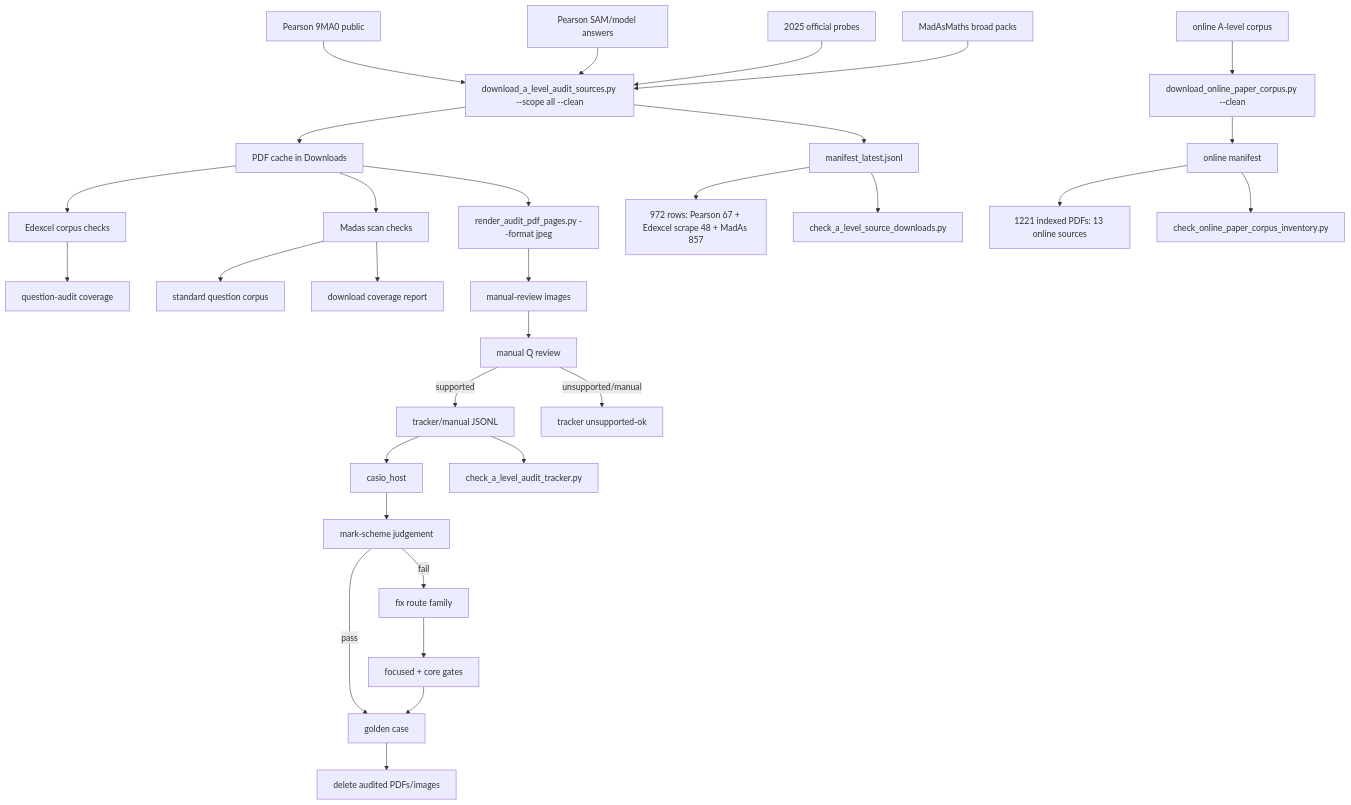
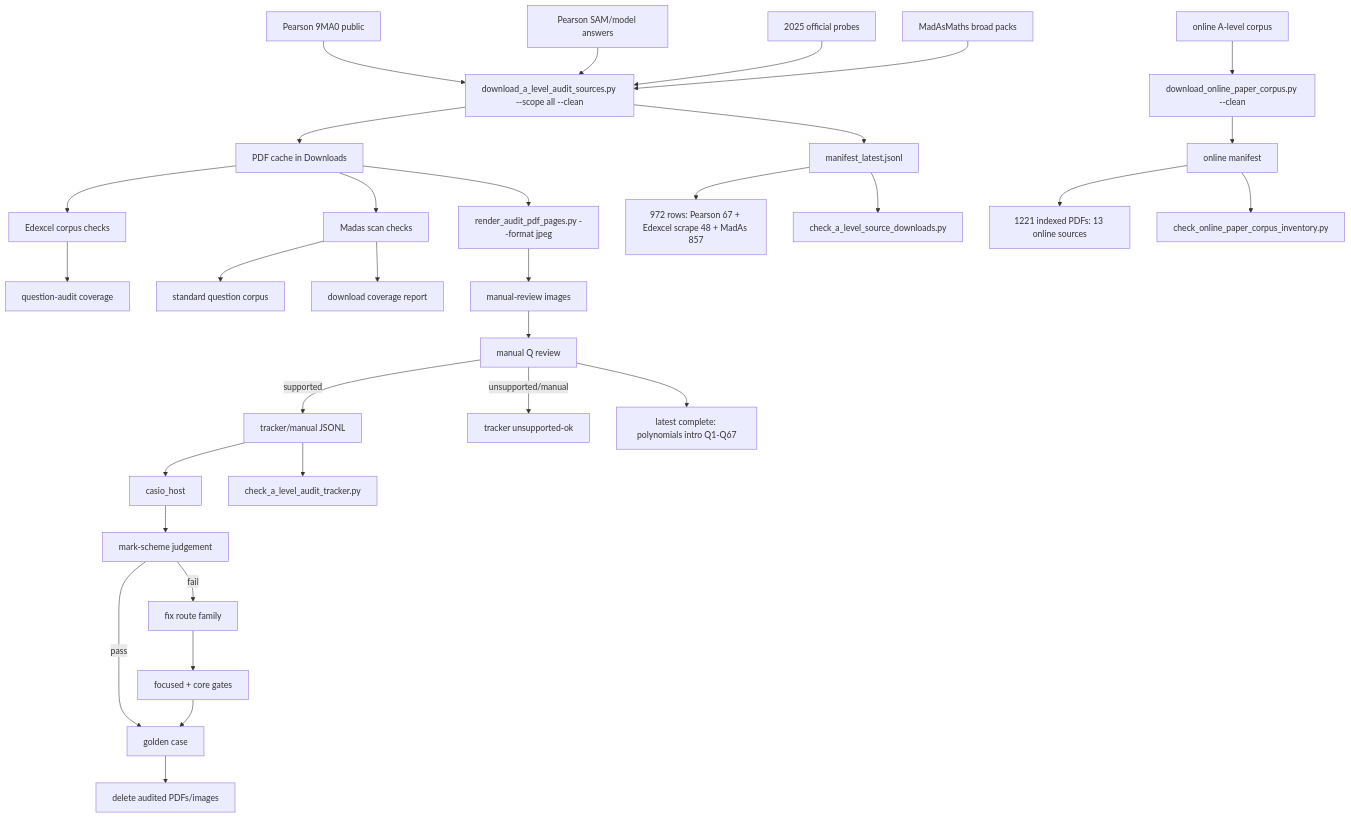
The diagram in c++/tools/golden/a_level_audit_graph.md (james8464/notes-addin-casio-fx-cg50), drawn with Mermaid before and after one commit. The commit also changed other lines of this file and 2 other files, not shown here.

Commit message:
Audit polynomial intro exam questions

````diff
--- a/c++/tools/golden/a_level_audit_graph.md
+++ b/c++/tools/golden/a_level_audit_graph.md
@@ -3,33 +3,34 @@
 ```mermaid
 graph TD
   E1["Pearson 9MA0 public"] --> D["download_a_level_audit_sources.py --scope all --clean"]
   E2["Pearson SAM/model answers"] --> D
   E3["2025 official probes"] --> D
   M1["MadAsMaths broad packs"] --> D
   O1["online A-level corpus"] --> OD["download_online_paper_corpus.py --clean"]
   D --> P["PDF cache in Downloads"]
   D --> X["manifest_latest.jsonl"]
   OD --> OX["online manifest"]
   X --> XC["972 rows: Pearson 67 + Edexcel scrape 48 + MadAs 857"]
   OX --> OC["1221 indexed PDFs: 13 online sources"]
   X --> V["check_a_level_source_downloads.py"]
   OX --> OV["check_online_paper_corpus_inventory.py"]
   P --> E["Edexcel corpus checks"]
   E --> EQ["question-audit coverage"]
   P --> S["Madas scan checks"]
   S --> M["standard question corpus"]
   S --> MC["download coverage report"]
   P --> R["render_audit_pdf_pages.py --format jpeg"]
   R --> I["manual-review images"]
   I --> Q["manual Q review"]
   Q -->|supported| J["tracker/manual JSONL"]
   Q -->|unsupported/manual| U["tracker unsupported-ok"]
   J --> H["casio_host"]
   J --> K["check_a_level_audit_tracker.py"]
   H --> C["mark-scheme judgement"]
   C -->|pass| G["golden case"]
   C -->|fail| F["fix route family"]
   F --> T["focused + core gates"]
   T --> G
   G --> Z["delete audited PDFs/images"]
+  Q --> PIntro["latest complete: polynomials intro Q1-Q67"]
 ```
````
